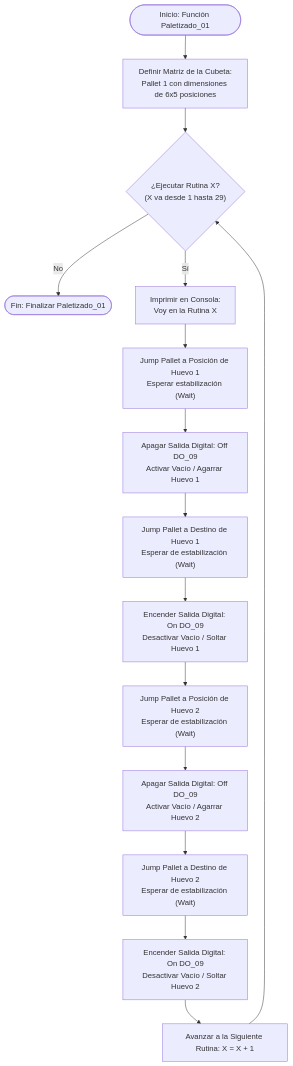
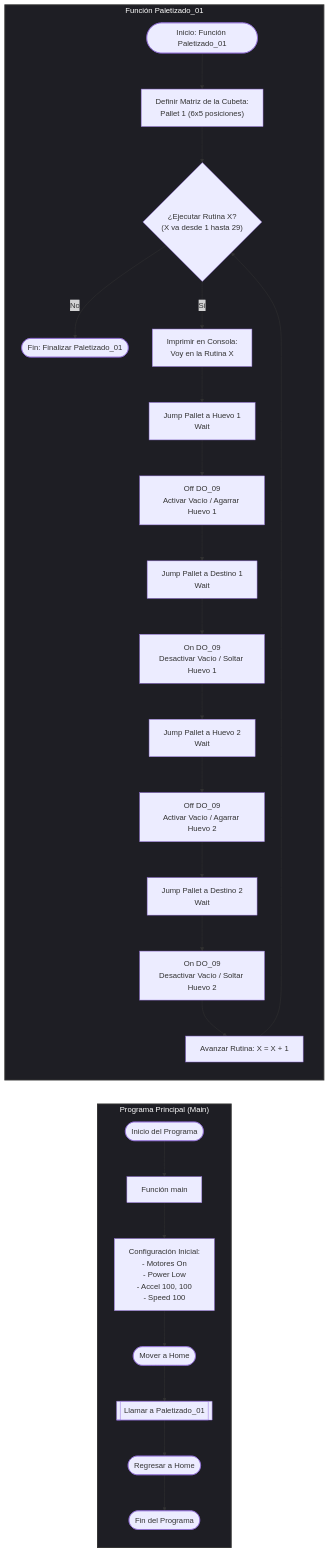
The diagram in Laboratorio No. 03 - Robótica Industrial EPSON T3 401S y EPSON RC+/README.MD (labsir-un/Robotica-2026-I-Equipo-3C-Moreno-Ramos), drawn with Mermaid before and after one commit. The commit also changed other lines of this file, not shown here.

````diff
--- a/Laboratorio No. 03 - Robótica Industrial EPSON T3 401S y EPSON RC+/README.MD
+++ b/Laboratorio No. 03 - Robótica Industrial EPSON T3 401S y EPSON RC+/README.MD
@@ -228,25 +214,41 @@
 ```mermaid
-flowchart TD
-    Start([Inicio: Función Paletizado_01]) --> DefPallet["Definir Matriz de la Cubeta:<br>Pallet 1 con dimensiones de 6x5 posiciones"]
-    
-    DefPallet --> RoutineLoop{"¿Ejecutar Rutina X?<br>(X va desde 1 hasta 29)"}
-    RoutineLoop -- No --> EndRoutine([Fin: Finalizar Paletizado_01])
-    RoutineLoop -- Sí --> PrintMsg["Imprimir en Consola:<br>Voy en la Rutina X"]
-    
-    PrintMsg --> PickH1["Jump Pallet a Posición de Huevo 1<br>Esperar estabilización (Wait)"]
-    PickH1 --> GrabH1["Apagar Salida Digital: Off DO_09<br>Activar Vacío / Agarrar Huevo 1"]
-    
-    GrabH1 --> DropH1["Jump Pallet a Destino de Huevo 1<br>Esperar de estabilización (Wait)"]
-    DropH1 --> ReleaseH1["Encender Salida Digital: On DO_09<br>Desactivar Vacío / Soltar Huevo 1"]
-    
-    ReleaseH1 --> PickH2["Jump Pallet a Posición de Huevo 2<br>Esperar de estabilización (Wait)"]
-    PickH2 --> GrabH2["Apagar Salida Digital: Off DO_09<br>Activar Vacío / Agarrar Huevo 2"]
-    
-    GrabH2 --> DropH2["Jump Pallet a Destino de Huevo 2<br>Esperar de estabilización (Wait)"]
-    DropH2 --> ReleaseH2["Encender Salida Digital: On DO_09<br>Desactivar Vacío / Soltar Huevo 2"]
-    
-    ReleaseH2 --> NextRoutine["Avanzar a la Siguiente Rutina: X = X + 1"]
-    NextRoutine --> RoutineLoop
-    
+flowchart LR
+    %%  Izquierda---
+    subgraph M ["Programa Principal (Main)"]
+        direction TD
+        Start1([Inicio del Programa]) --> Main["Función main"]
+        Main --> Init["Configuración Inicial:<br>- Motores On<br>- Power Low<br>- Accel 100, 100<br>- Speed 100"]
+        Init --> GoHome1(["Mover a Home"])
+        GoHome1 --> CallRoutine[["Llamar a Paletizado_01"]]
+        CallRoutine --> GoHome2(["Regresar a Home"])
+        GoHome2 --> EndProg([Fin del Programa])
+    end
+
+    %% Derecha ---
+    subgraph P ["Función Paletizado_01"]
+        direction TD
+        Start2([Inicio: Función Paletizado_01]) --> DefPallet["Definir Matriz de la Cubeta:<br>Pallet 1 (6x5 posiciones)"]
+        
+        DefPallet --> RoutineLoop{"¿Ejecutar Rutina X?<br>(X va desde 1 hasta 29)"}
+        RoutineLoop -- No --> EndRoutine([Fin: Finalizar Paletizado_01])
+        RoutineLoop -- Sí --> PrintMsg["Imprimir en Consola:<br>Voy en la Rutina X"]
+        
+        PrintMsg --> PickH1["Jump Pallet a Huevo 1<br>Wait"]
+        PickH1 --> GrabH1["Off DO_09<br>Activar Vacío / Agarrar Huevo 1"]
+        
+        GrabH1 --> DropH1["Jump Pallet a Destino 1<br>Wait"]
+        DropH1 --> ReleaseH1["On DO_09<br>Desactivar Vacío / Soltar Huevo 1"]
+        
+        ReleaseH1 --> PickH2["Jump Pallet a Huevo 2<br>Wait"]
+        PickH2 --> GrabH2["Off DO_09<br>Activar Vacío / Agarrar Huevo 2"]
+        
+        GrabH2 --> DropH2["Jump Pallet a Destino 2<br>Wait"]
+        DropH2 --> ReleaseH2["On DO_09<br>Desactivar Vacío / Soltar Huevo 2"]
+        
+        ReleaseH2 --> NextRoutine["Avanzar Rutina: X = X + 1"]
+        NextRoutine --> RoutineLoop
+    end
+    style M fill:#1e1e24,stroke:#333,stroke-width:2px,color:#fff
+    style P fill:#1e1e24,stroke:#333,stroke-width:2px,color:#fff
     
 ```
````
